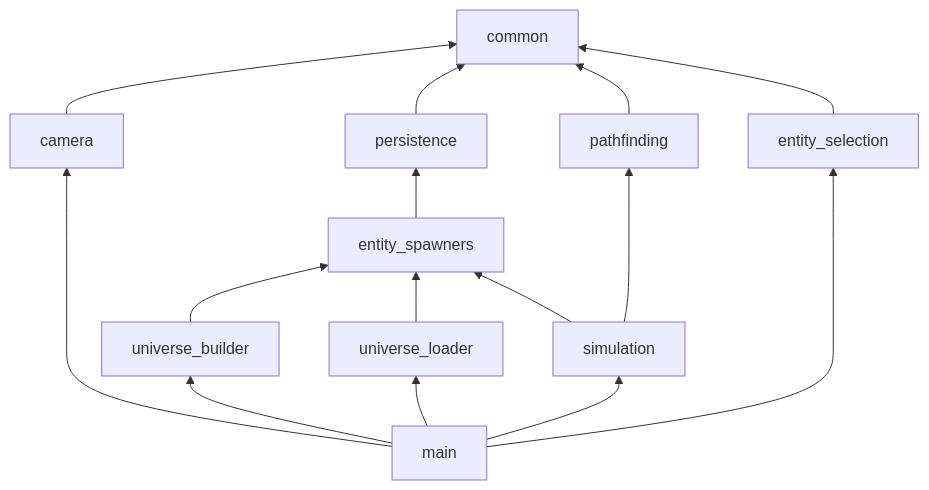
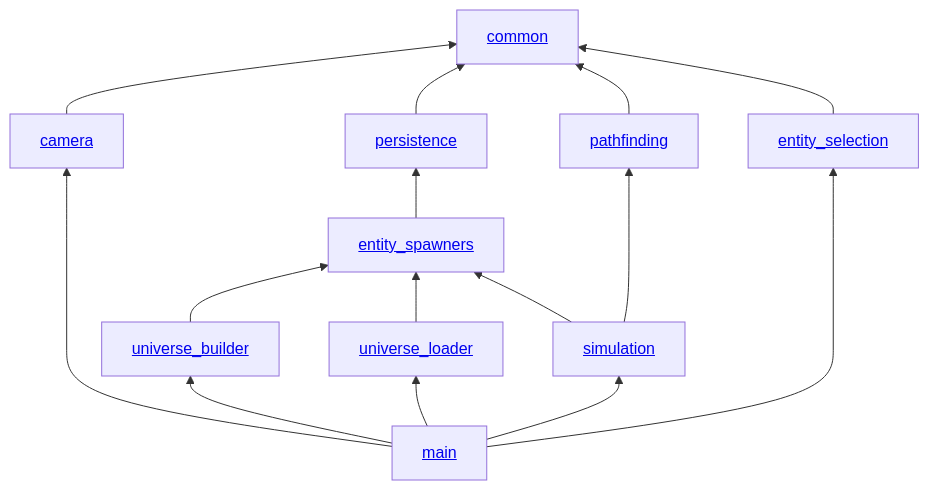
The diagram in README.md (Jacudibu/rusty_space), drawn with Mermaid before and after one commit. The commit also changed other lines of this file and 1 other file, not shown here.

Commit message:
Trying to add links into crate diagram

````diff
--- a/README.md
+++ b/README.md
@@ -8,21 +8,33 @@
 ```mermaid
 flowchart BT
+    main[<a href='src/'>main</a>]
+
+    common[<a href='crates/common'>common</a>]
+    camera[<a href='crates/camera'>camera</a>]
+    entity_selection[<a href='crates/entity_selection'>entity_selection</a>]
+    entity_spawners[<a href='crates/entity_spawners'>entity_spawners</a>]
+    pathfinding[<a href='crates/pathfinding'>pathfinding</a>]
+    persistence[<a href='crates/persistence'>persistence</a>]
+    simulation[<a href='crates/simulation'>simulation</a>]
+    universe_builder[<a href='crates/universe_builder'>universe_builder</a>]
+    universe_loader[<a href='crates/universe_loader'>universe_loader</a>]
+
     camera --> common
     persistence --> common
     pathfinding --> common
     entity_selection --> common
 
     entity_spawners --> persistence
 
     universe_builder --> entity_spawners
     universe_loader --> entity_spawners
     simulation --> entity_spawners
 
     simulation --> pathfinding
 
     main --> entity_selection
     main --> universe_builder
     main --> universe_loader
     main --> simulation
     main --> camera
 ```
````
